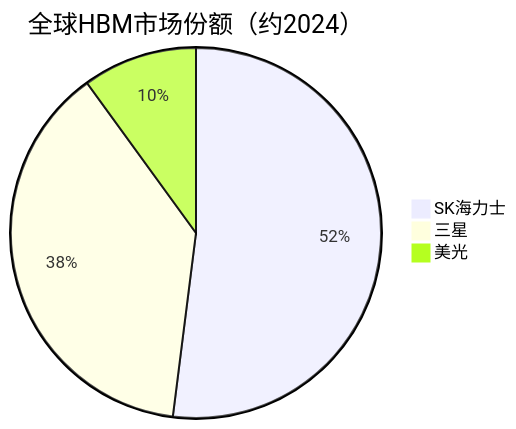
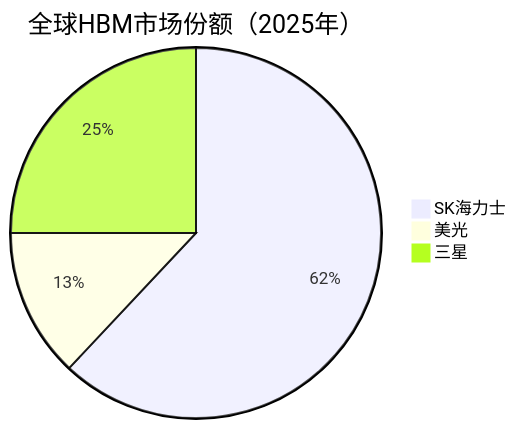
Before and after one commit to blueprint1453/industry-insight: the third of 3 diagrams in 存储产业链/中游/DRAM/HBM高带宽存储.md, drawn with Mermaid. The commit also changed other lines of this file and 78 other files, not shown here.

````diff
--- a/存储产业链/中游/DRAM/HBM高带宽存储.md
+++ b/存储产业链/中游/DRAM/HBM高带宽存储.md
@@ -118,6 +120,6 @@
 ```mermaid
-pie title 全球HBM市场份额（约2024）
-    "SK海力士" : 52
-    "三星" : 38
-    "美光" : 10
+pie title 全球HBM市场份额（2025年）
+    "SK海力士" : 62
+    "美光" : 13
+    "三星" : 25
 ```
````
